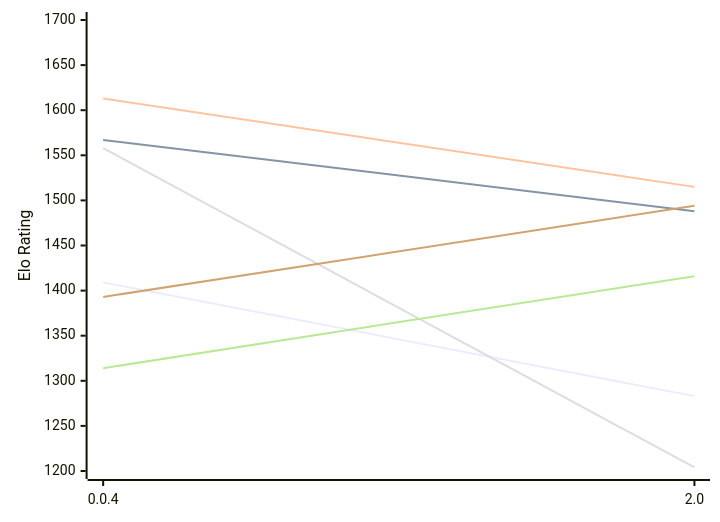
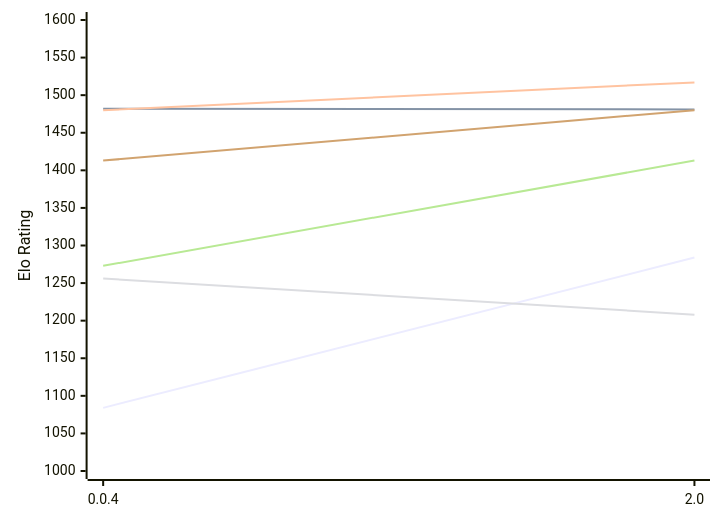
Before and after one commit to computer-chess-index/cci: the first of 2 diagrams in engines/Oops!Mate.md, drawn with Mermaid. The commit also changed other lines of this file, not shown here.

Commit message:
Update CCI Ratings (ELO VLTC) - 2026-11-14

````diff
--- a/engines/Oops!Mate.md
+++ b/engines/Oops!Mate.md
@@ -50,12 +50,12 @@
 ```mermaid
 %%{init: {"theme":"base","themeVariables":{"seriesColors:['#a3a3a3','#222221','#faa371']}}}%%
 xychart-beta
   x-axis ["0.0.4", "2.0"]
-  y-axis "Elo Rating" 1200 --> 1700
-  line "E1: STC (8.0+0.08s)" [1409, 1283]
-  line "E1: LTC (60.0+0.60s)" [1567, 1488]
-  line "E1: VLTC (2m24s+1.12s)" [1613, 1515]
-  line "P1: STC (8.0+0.08s)" [1558, 1204]
-  line "P1: LTC (60.0+0.60s)" [1314, 1416]
-  line "P1: VLTC (2m24s+1.12s)" [1393, 1494]
+  y-axis "Elo Rating" 1000 --> 1600
+  line "E1: STC (8.0+0.08s)" [1084, 1284]
+  line "E1: LTC (60.0+0.60s)" [1482, 1481]
+  line "E1: VLTC (2m24s+1.12s)" [1480, 1517]
+  line "P1: STC (8.0+0.08s)" [1256, 1208]
+  line "P1: LTC (60.0+0.60s)" [1273, 1413]
+  line "P1: VLTC (2m24s+1.12s)" [1413, 1480]
 ```
````
